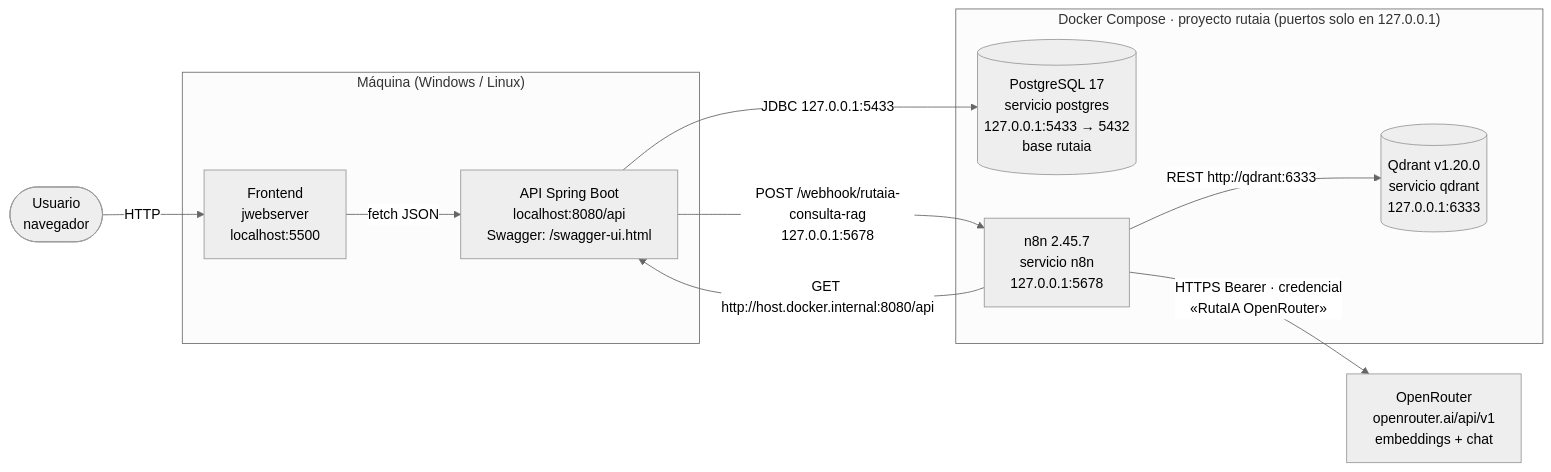
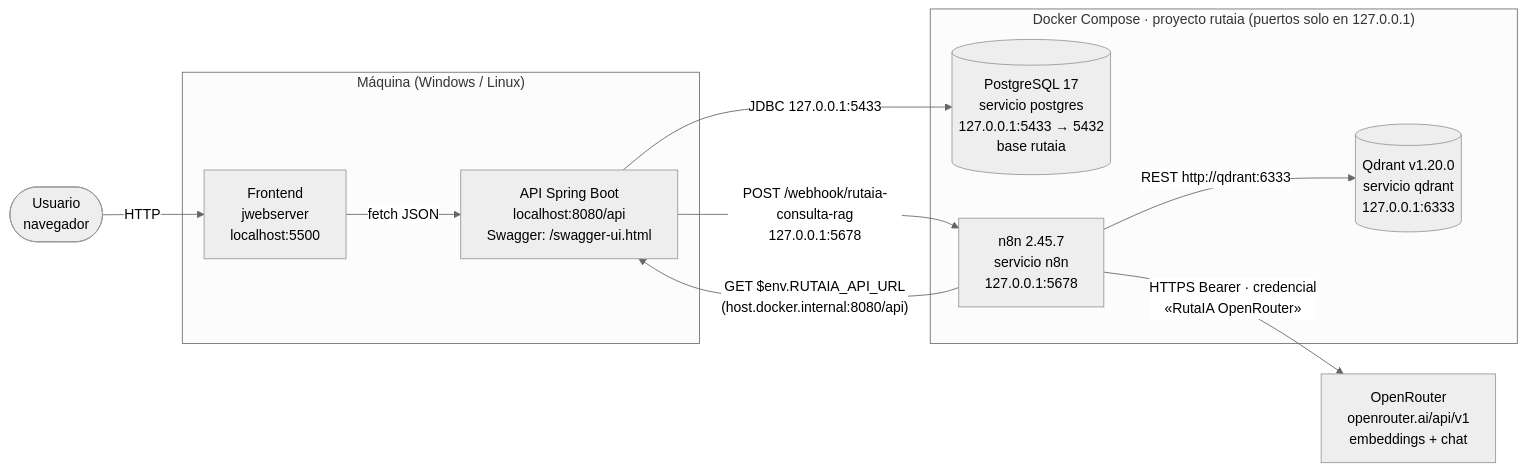
The first of 5 diagrams in docs/arquitectura.md (JeshuaPerez/RutIA), drawn with Mermaid (neutral theme) before and after one commit. The commit also changed other lines of this file and 106 other files, not shown here.

````diff
--- a/docs/arquitectura.md
+++ b/docs/arquitectura.md
@@ -14,25 +16,25 @@
 ```mermaid
 flowchart LR
     U([Usuario<br/>navegador])
 
     subgraph MAQ["Máquina (Windows / Linux)"]
         FE["Frontend<br/>jwebserver<br/>localhost:5500"]
         API["API Spring Boot<br/>localhost:8080/api<br/>Swagger: /swagger-ui.html"]
     end
 
     subgraph DC["Docker Compose · proyecto rutaia (puertos solo en 127.0.0.1)"]
         PG[("PostgreSQL 17<br/>servicio postgres<br/>127.0.0.1:5433 → 5432<br/>base rutaia")]
         QD[("Qdrant v1.20.0<br/>servicio qdrant<br/>127.0.0.1:6333")]
         N8N["n8n 2.45.7<br/>servicio n8n<br/>127.0.0.1:5678"]
     end
 
     OR["OpenRouter<br/>openrouter.ai/api/v1<br/>embeddings + chat"]
 
     U -->|HTTP| FE
     FE -->|fetch JSON| API
     API -->|JDBC 127.0.0.1:5433| PG
     API -->|POST /webhook/rutaia-consulta-rag<br/>127.0.0.1:5678| N8N
     N8N -->|REST http://qdrant:6333| QD
-    N8N -->|GET http://host.docker.internal:8080/api| API
+    N8N -->|"GET $env.RUTAIA_API_URL<br/>(host.docker.internal:8080/api)"| API
     N8N -->|HTTPS Bearer · credencial<br/>«RutaIA OpenRouter»| OR
 ```
````
